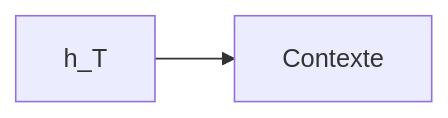
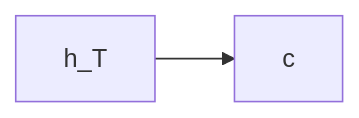
Before and after one commit to rioultf/llmapp: the fifth of 17 diagrams in 001.Attention.md, drawn with Mermaid. The commit also changed other lines of this file, not shown here.

Commit message:
docs: clarifie les formules en ASCII et ajoute les Mermaid

````diff
--- a/001.Attention.md
+++ b/001.Attention.md
@@ -65,4 +89,4 @@
 ```mermaid
 flowchart LR
-    hT[h_T] --> c[Contexte]
+    hT[h_T] --> c[c]
 ```
````
